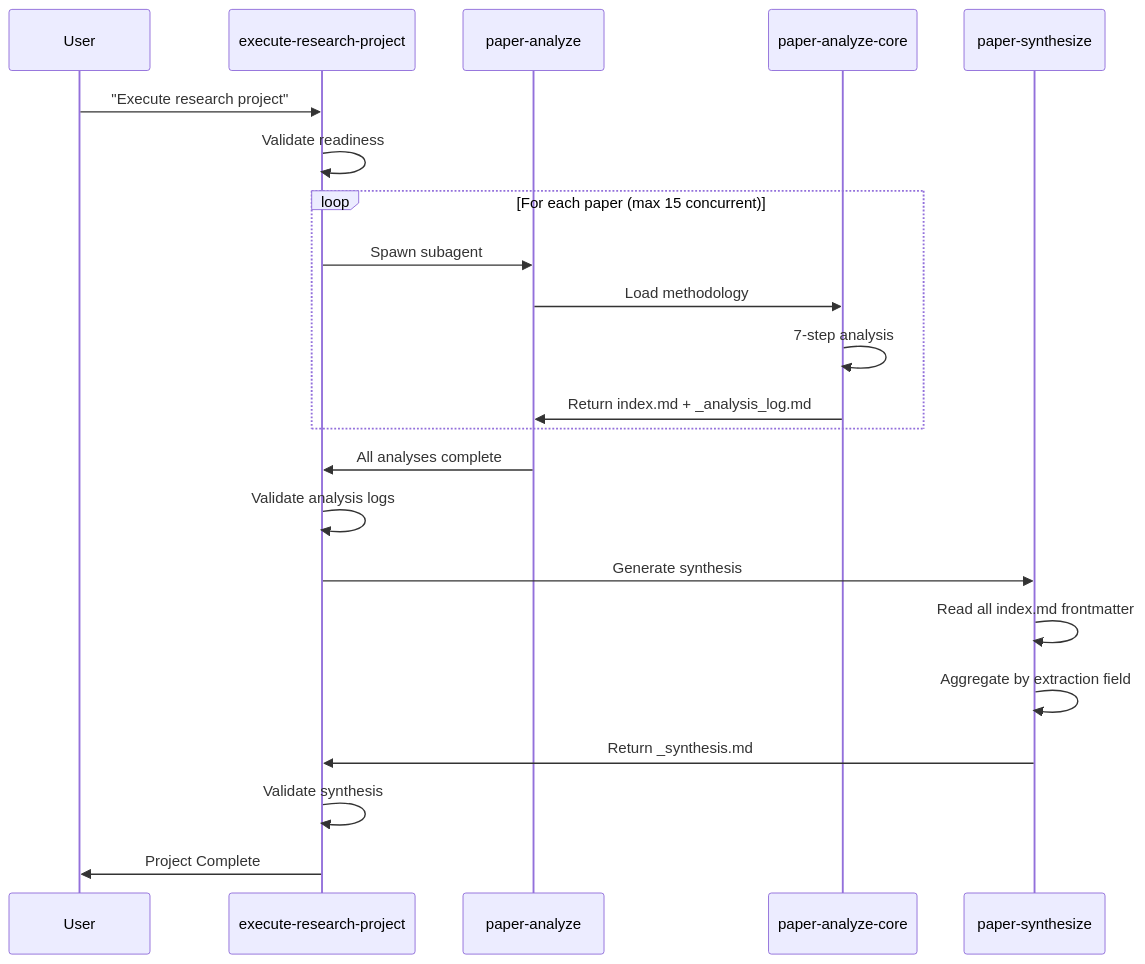
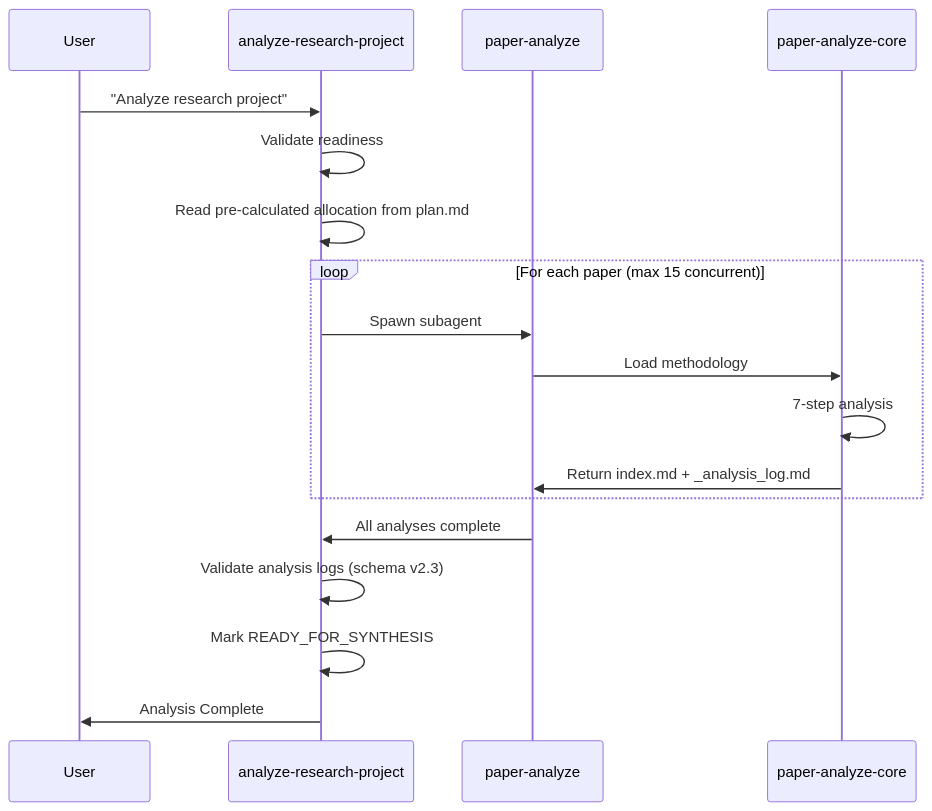
Before and after one commit to DorianSchlede/nexus-template: the fourth of 11 diagrams in 00-system/documentation/research-algorithm-en.md, drawn with Mermaid. The commit also changed other lines of this file and 784 other files, not shown here.

````diff
--- a/00-system/documentation/research-algorithm-en.md
+++ b/00-system/documentation/research-algorithm-en.md
@@ -178,29 +215,23 @@
 ```mermaid
 sequenceDiagram
     participant U as User
-    participant ERP as execute-research-project
+    participant ARP as analyze-research-project
     participant PA as paper-analyze
     participant PAC as paper-analyze-core
-    participant PSY as paper-synthesize
 
-    U->>ERP: "Execute research project"
-    ERP->>ERP: Validate readiness
+    U->>ARP: "Analyze research project"
+    ARP->>ARP: Validate readiness
+    ARP->>ARP: Read pre-calculated allocation from plan.md
 
     loop For each paper (max 15 concurrent)
-        ERP->>PA: Spawn subagent
+        ARP->>PA: Spawn subagent
         PA->>PAC: Load methodology
         PAC->>PAC: 7-step analysis
         PAC->>PA: Return index.md + _analysis_log.md
     end
 
-    PA->>ERP: All analyses complete
-    ERP->>ERP: Validate analysis logs
-
-    ERP->>PSY: Generate synthesis
-    PSY->>PSY: Read all index.md frontmatter
-    PSY->>PSY: Aggregate by extraction field
-    PSY->>ERP: Return _synthesis.md
-
-    ERP->>ERP: Validate synthesis
-    ERP->>U: Project Complete
+    PA->>ARP: All analyses complete
+    ARP->>ARP: Validate analysis logs (schema v2.3)
+    ARP->>ARP: Mark READY_FOR_SYNTHESIS
+    ARP->>U: Analysis Complete
 ```
````
